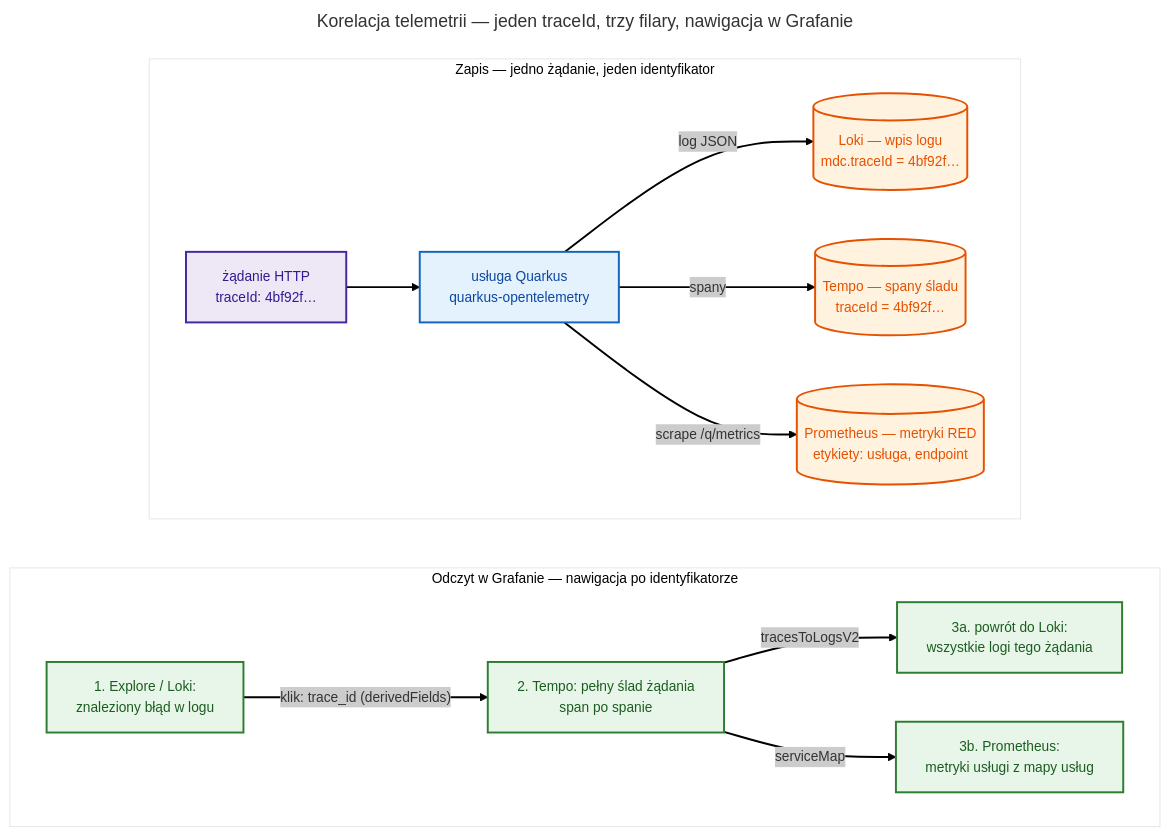
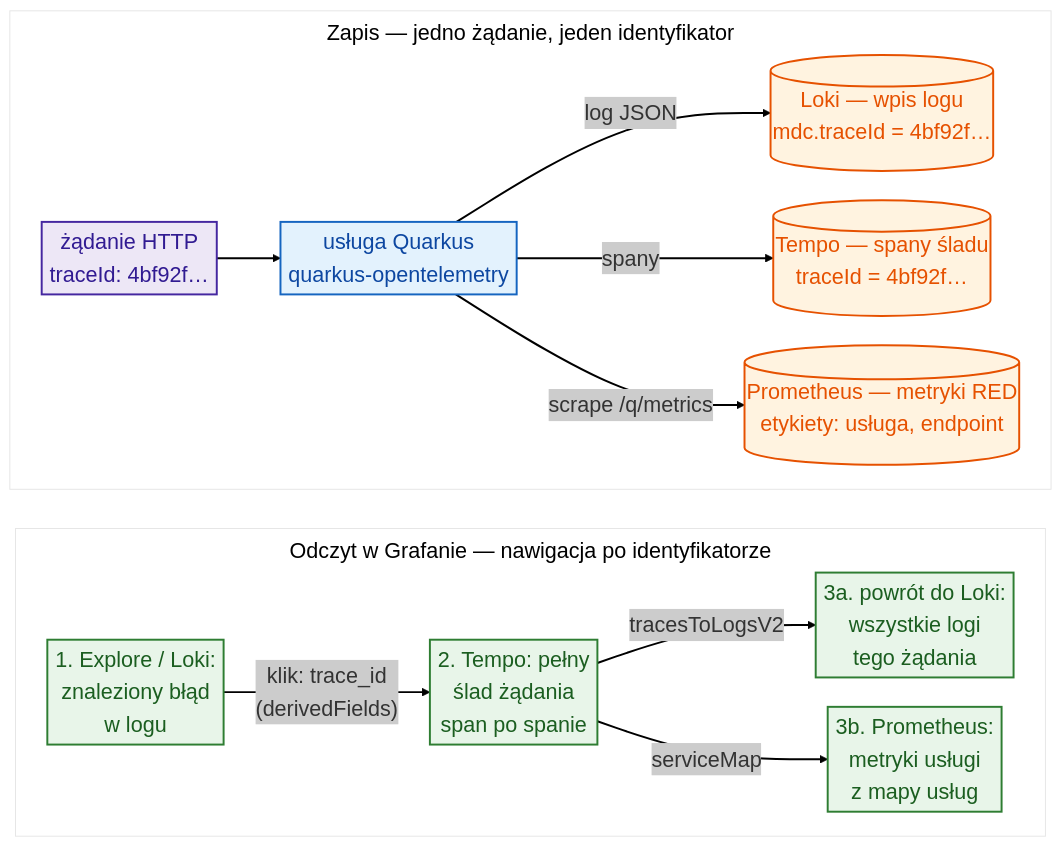
Before and after one commit to mwas-inz/bsc-devops: the diagram in docs/diagrams/09-monitor/monitor-02-correlation.mmd, drawn with Mermaid. The commit also changed 51 other files, not shown here.

First line of the commit message:
docs(diagrams): rework Mermaid diagrams for print legibility

```diff
--- a/docs/diagrams/09-monitor/monitor-02-correlation.mmd
+++ b/docs/diagrams/09-monitor/monitor-02-correlation.mmd
@@ -1,40 +1,51 @@
 ---
-title: Korelacja telemetrii — jeden traceId, trzy filary, nawigacja w Grafanie
 config:
   theme: neo
+  themeVariables:
+    fontSize: 22px
+  flowchart:
+    nodeSpacing: 30
+    rankSpacing: 40
+    padding: 4
+    subGraphTitleMargin:
+      top: 6
+      bottom: 14
+    diagramPadding: 8
+    wrappingWidth: 600
 ---
+%% Korelacja telemetrii — jeden traceId, trzy filary, nawigacja w Grafanie
 flowchart TB
     subgraph write["Zapis — jedno żądanie, jeden identyfikator"]
         direction LR
         req["żądanie HTTP<br/>traceId: 4bf92f…"]
         svc["usługa Quarkus<br/>quarkus-opentelemetry"]
         loki[("Loki — wpis logu<br/>mdc.traceId = 4bf92f…")]
         tempo[("Tempo — spany śladu<br/>traceId = 4bf92f…")]
         prom[("Prometheus — metryki RED<br/>etykiety: usługa, endpoint")]
         req --> svc
         svc -->|log JSON| loki
         svc -->|spany| tempo
         svc -->|scrape /q/metrics| prom
     end
 
     subgraph read["Odczyt w Grafanie — nawigacja po identyfikatorze"]
         direction LR
-        s1["1. Explore / Loki:<br/>znaleziony błąd w logu"]
-        s2["2. Tempo: pełny ślad żądania<br/>span po spanie"]
-        s3["3a. powrót do Loki:<br/>wszystkie logi tego żądania"]
-        s4["3b. Prometheus:<br/>metryki usługi z mapy usług"]
-        s1 -->|"klik: trace_id (derivedFields)"| s2
+        s1["1. Explore / Loki:<br/>znaleziony błąd<br/>w logu"]
+        s2["2. Tempo: pełny<br/>ślad żądania<br/>span po spanie"]
+        s3["3a. powrót do Loki:<br/>wszystkie logi<br/>tego żądania"]
+        s4["3b. Prometheus:<br/>metryki usługi<br/>z mapy usług"]
+        s1 -->|"klik: trace_id<br/>(derivedFields)"| s2
         s2 -->|tracesToLogsV2| s3
         s2 -->|serviceMap| s4
     end
 
     write ~~~ read
 
     classDef ev fill:#ede7f6,stroke:#4527a0,color:#311b92;
     classDef svcc fill:#e3f2fd,stroke:#1565c0,color:#0d47a1;
     classDef store fill:#fff3e0,stroke:#e65100,color:#e65100;
     classDef viz fill:#e8f5e9,stroke:#2e7d32,color:#1b5e20;
     class req ev;
     class svc svcc;
     class loki,tempo,prom store;
     class s1,s2,s3,s4 viz;
```
